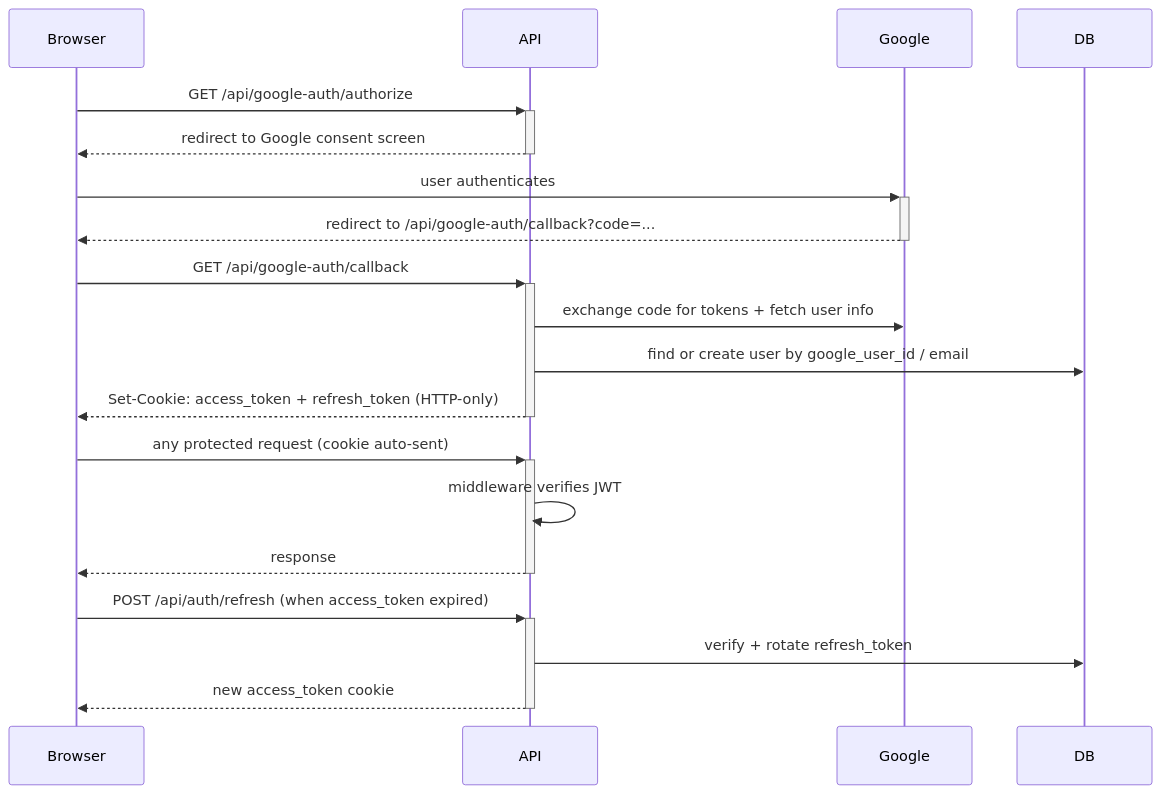
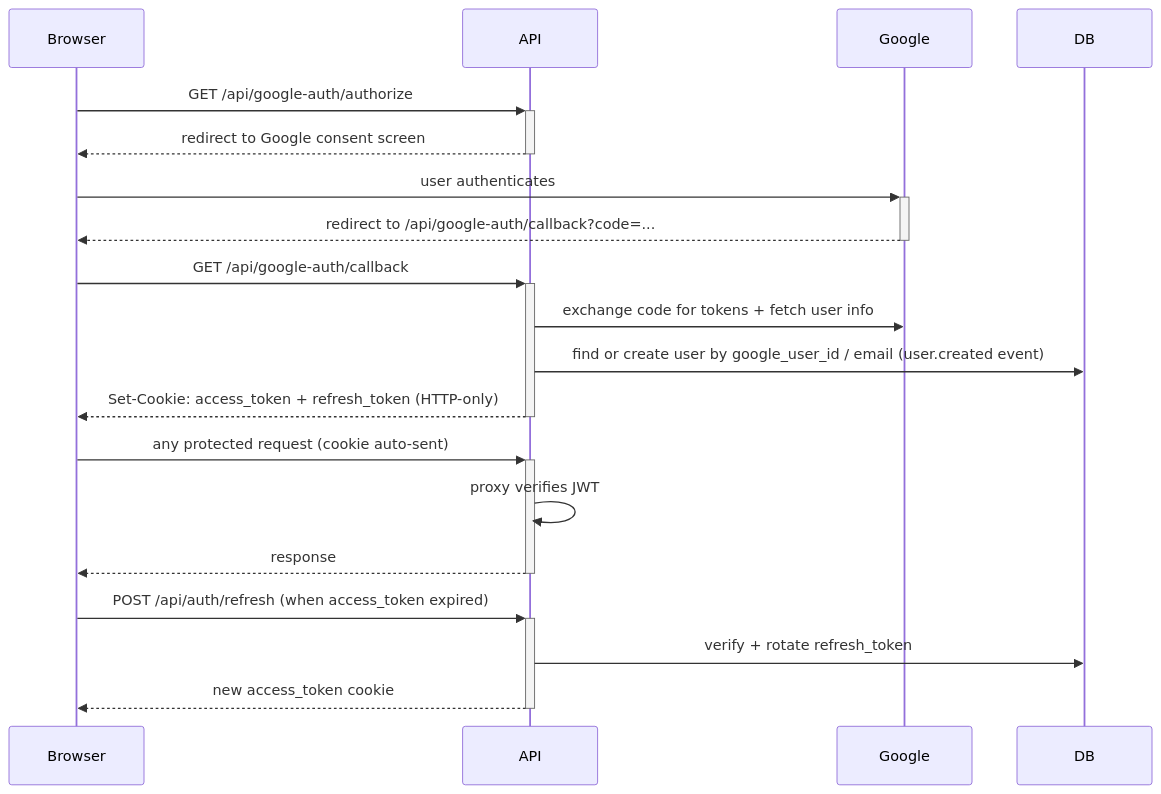
One commit to MyTwin-Lab/leaderboard changed the third of 4 diagrams in docs/architecture.md. Above: the diagram before and after it, drawn with Mermaid. The commit also changed other lines of this file and 24 other files, not shown here.

````diff
--- a/docs/architecture.md
+++ b/docs/architecture.md
@@ -72,17 +121,17 @@
 ```mermaid
 sequenceDiagram
   Browser->>+API: GET /api/google-auth/authorize
   API-->>-Browser: redirect to Google consent screen
   Browser->>+Google: user authenticates
   Google-->>-Browser: redirect to /api/google-auth/callback?code=...
   Browser->>+API: GET /api/google-auth/callback
   API->>Google: exchange code for tokens + fetch user info
-  API->>DB: find or create user by google_user_id / email
+  API->>DB: find or create user by google_user_id / email (user.created event)
   API-->>-Browser: Set-Cookie: access_token + refresh_token (HTTP-only)
   Browser->>+API: any protected request (cookie auto-sent)
-  API->>API: middleware verifies JWT
+  API->>API: proxy verifies JWT
   API-->>-Browser: response
   Browser->>+API: POST /api/auth/refresh (when access_token expired)
   API->>DB: verify + rotate refresh_token
   API-->>-Browser: new access_token cookie
 ```
````
